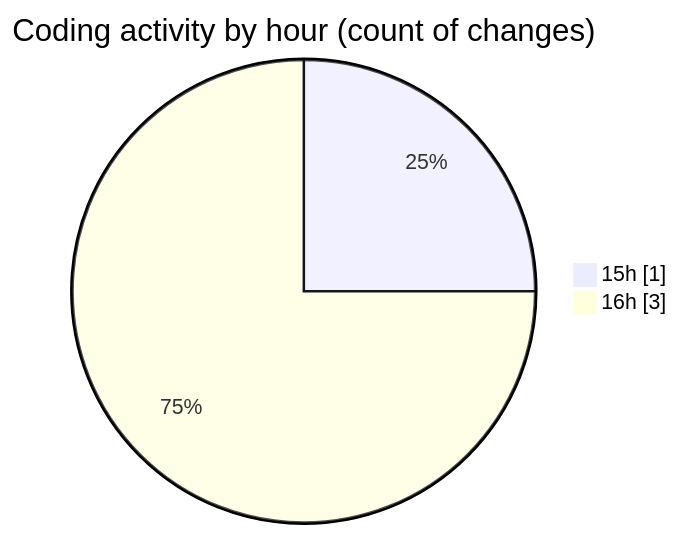
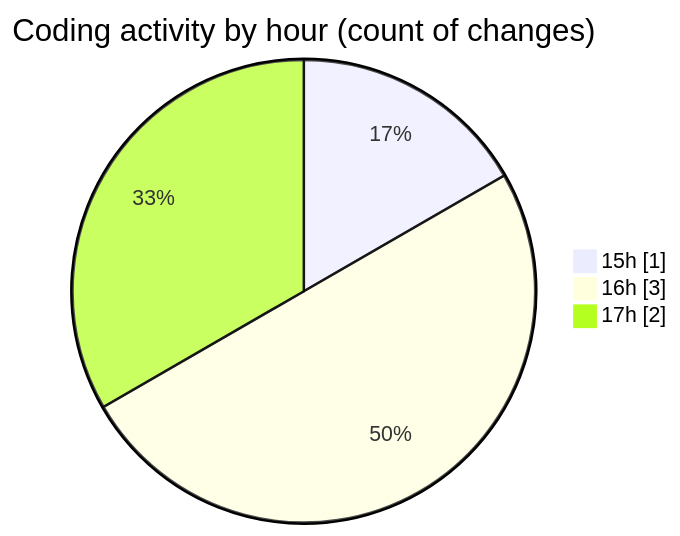
The second of 2 diagrams in 2026-07-29/untitled__workspace_/README.md (debugP/code-tracking), drawn with Mermaid before and after one commit. The commit also changed other lines of this file and 1 other file, not shown here.

````diff
--- a/2026-07-29/untitled__workspace_/README.md
+++ b/2026-07-29/untitled__workspace_/README.md
@@ -28,6 +28,7 @@
 ```mermaid
 pie showData
 title Coding activity by hour (count of changes)
 "15h" : 1
 "16h" : 3
+"17h" : 2
 ```
````
